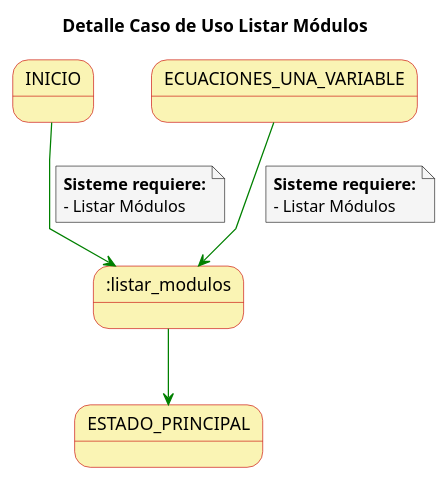
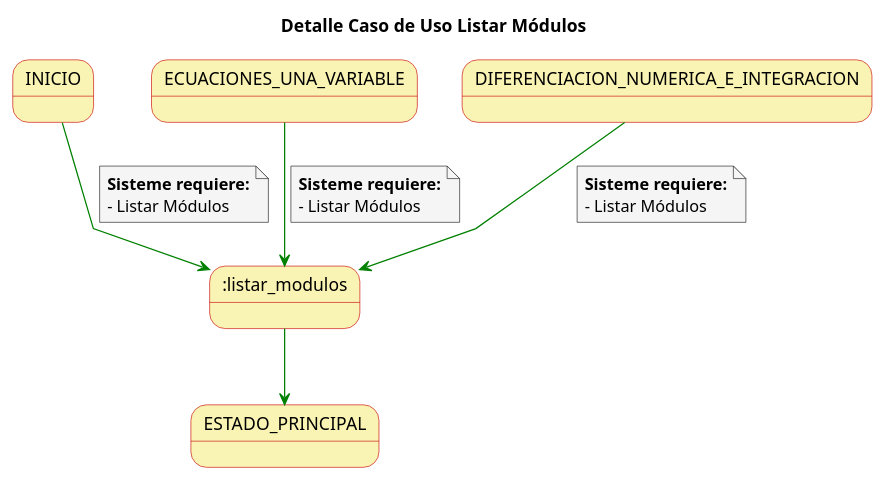
Before and after one commit to rodri5villa/numath-API: the diagram in casosDeUso/detalleCasoUsoListarMódulos.puml, drawn with PlantUML. The commit also changed 28 other files, not shown here.

```diff
--- a/casosDeUso/detalleCasoUsoListarMódulos.puml
+++ b/casosDeUso/detalleCasoUsoListarMódulos.puml
@@ -1,31 +1,37 @@
 @startuml
 
 skinparam state {
   BackgroundColor #faf4b4
   BorderColor #c90000
 }
 
 skinparam note {
   BackgroundColor #f5f5f5
 }
 
 skinparam linetype polyline
 
 title Detalle Caso de Uso Listar Módulos
 
 
 INICIO-[#green]-> :listar_modulos
 note on link
   **Sisteme requiere:**
   - Listar Módulos
 end note
 
 ECUACIONES_UNA_VARIABLE-[#green]-> :listar_modulos
 note on link
   **Sisteme requiere:**
   - Listar Módulos
 end note
 
+DIFERENCIACION_NUMERICA_E_INTEGRACION-[#green]-> :listar_modulos
+note on link
+  **Sisteme requiere:**
+  - Listar Módulos
+end note
+
 :listar_modulos-[#green]-> ESTADO_PRINCIPAL
 
 @enduml
```
